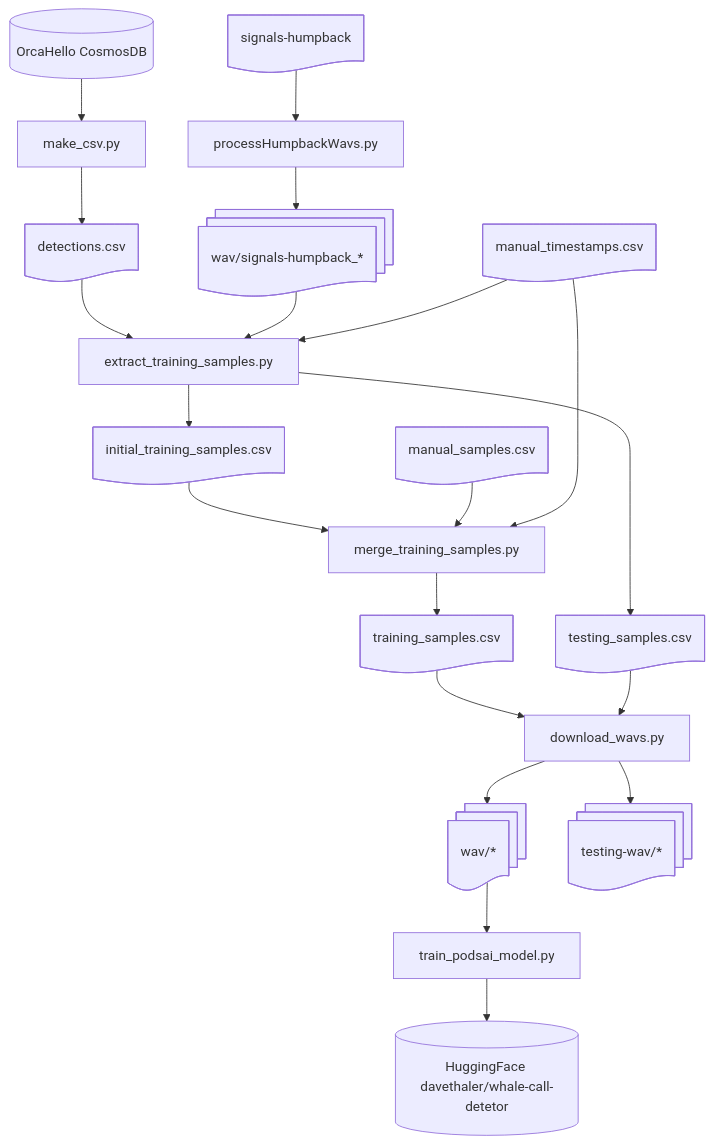
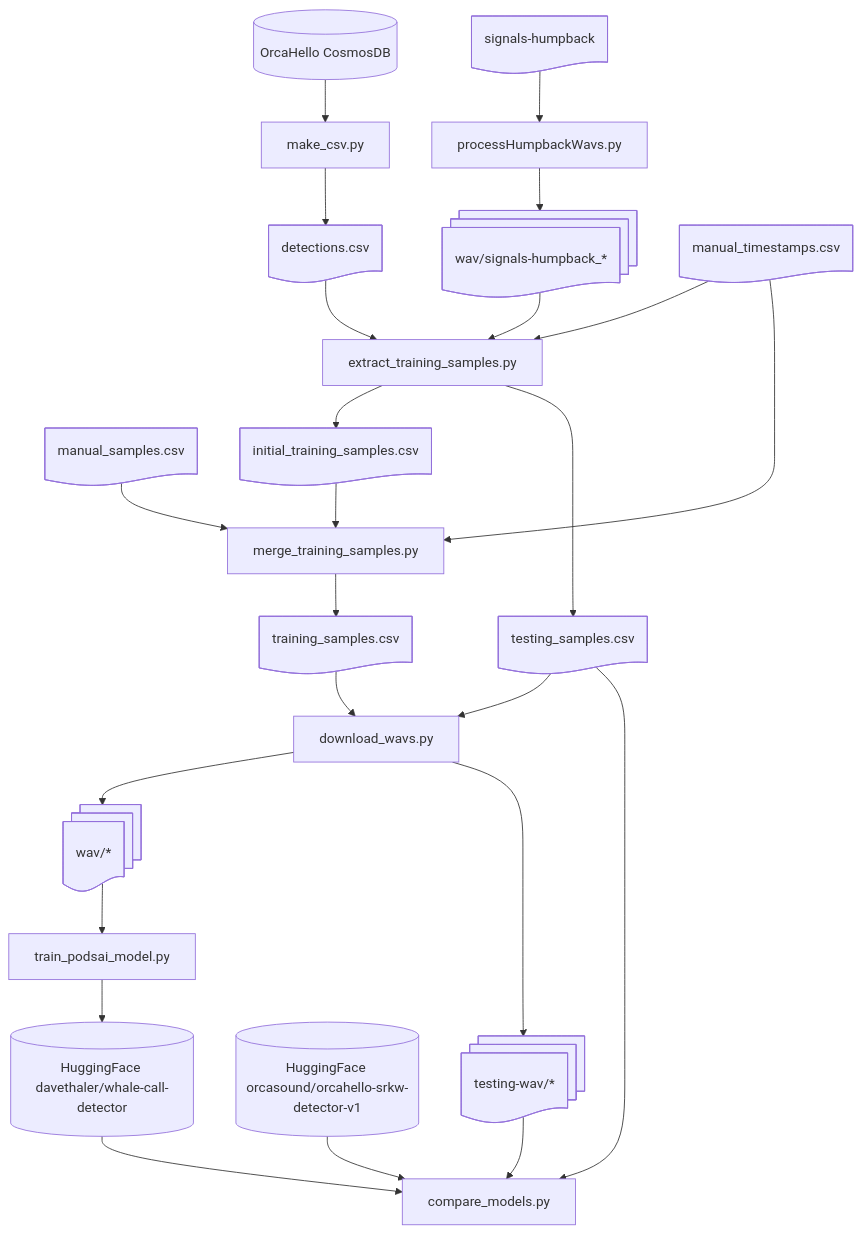
The diagram in README.md (aibatchelor22/pods-ai), drawn with Mermaid before and after one commit.

Commit message:
Update diagram (#203)

````diff
--- a/README.md
+++ b/README.md
@@ -31,39 +31,46 @@
 ```mermaid
 flowchart TD;
     orcaHello[(OrcaHello CosmosDB)];
-    huggingFace[(HuggingFace davethaler/whale-call-detetor)];
+    podsaiModel[(HuggingFace davethaler/whale-call-detector)];
+    orcaHelloModel[(HuggingFace orcasound/orcahello-srkw-detector-v1)];
     manualSamples@{ shape: doc, label: "manual_samples.csv" };
     detections@{ shape: doc, label: "detections.csv" };
     initialTrainingSamples@{ shape: doc, label: "initial_training_samples.csv" };
     trainingSamples@{ shape: doc, label: "training_samples.csv" };
     testingSamples@{ shape: doc, label: "testing_samples.csv" };
     signalsHumpback@{ shape: doc, label: "signals-humpback" };
     humpbackSignals@{ shape: docs, label: "wav/signals-humpback_*" };
     manualTimestamps@{ shape: doc, label: "manual_timestamps.csv" };
     wav@{ shape: docs, label: "wav/*" };
     testingWav@{ shape: docs, label: "testing-wav/*" };
 
     processHumpbackWavs@{ shape: rect, label: "processHumpbackWavs.py" };
     makeCsv@{ shape: rect, label: "make_csv.py" };
     extractTrainingSamples@{ shape: rect, label: "extract_training_samples.py" };
     mergeTrainingSamples@{ shape: rect, label: "merge_training_samples.py" };
     downloadWavs@{ shape: rect, label: "download_wavs.py" };
     trainPodsaiModel@{ shape: rect, label: "train_podsai_model.py" };
+    compareModels@{ shape: rect, label: "compare_models.py" };
 
     orcaHello-->makeCsv-->detections;
 
     signalsHumpback-->processHumpbackWavs-->humpbackSignals;
 
     detections-->extractTrainingSamples-->initialTrainingSamples;
     humpbackSignals-->extractTrainingSamples;
     manualTimestamps-->extractTrainingSamples;
     extractTrainingSamples-->testingSamples;
     initialTrainingSamples-->mergeTrainingSamples-->trainingSamples;
     manualSamples-->mergeTrainingSamples;
     manualTimestamps-->mergeTrainingSamples;
 
     trainingSamples-->downloadWavs-->wav;
     testingSamples-->downloadWavs-->testingWav;
 
-    wav-->trainPodsaiModel-->huggingFace;
+    wav-->trainPodsaiModel-->podsaiModel;
+
+    podsaiModel-->compareModels;
+    testingSamples-->compareModels;
+    testingWav-->compareModels;
+    orcaHelloModel-->compareModels;
 ```
````
